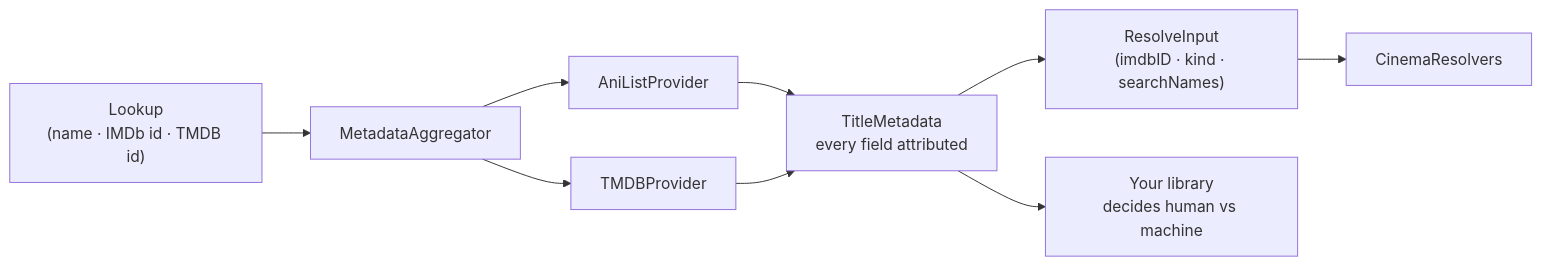
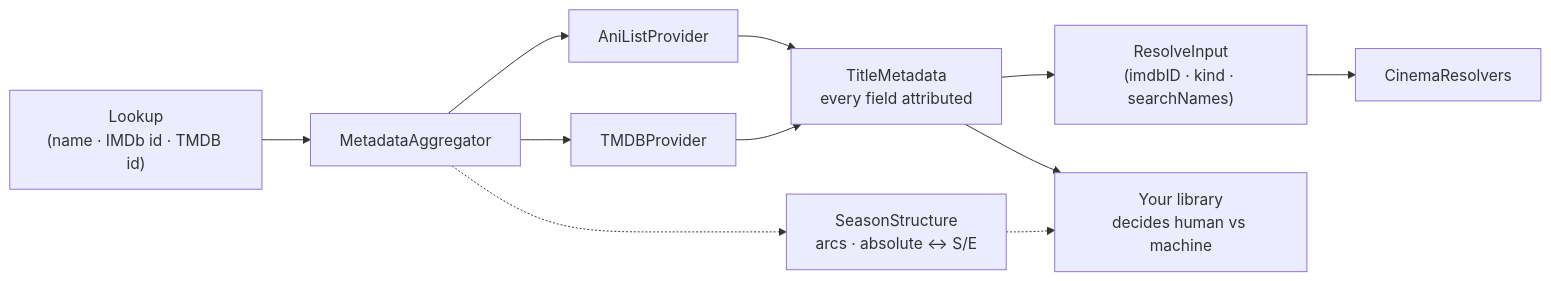
The diagram in README.md (Nico8324/Slate), drawn with Mermaid before and after one commit. The commit also changed other lines of this file and 7 other files, not shown here.

````diff
--- a/README.md
+++ b/README.md
@@ -20,11 +20,13 @@
 ```mermaid
 flowchart LR
     A["Lookup<br/>(name · IMDb id · TMDB id)"] --> B[MetadataAggregator]
     B --> C[AniListProvider]
     B --> D[TMDBProvider]
     C --> E["TitleMetadata<br/>every field attributed"]
     D --> E
     E --> F["ResolveInput<br/>(imdbID · kind · searchNames)"]
     E --> G["Your library<br/>decides human vs machine"]
     F --> H["CinemaResolvers"]
+    B -.-> S["SeasonStructure<br/>arcs · absolute ↔ S/E"]
+    S -.-> G
 ```
````
